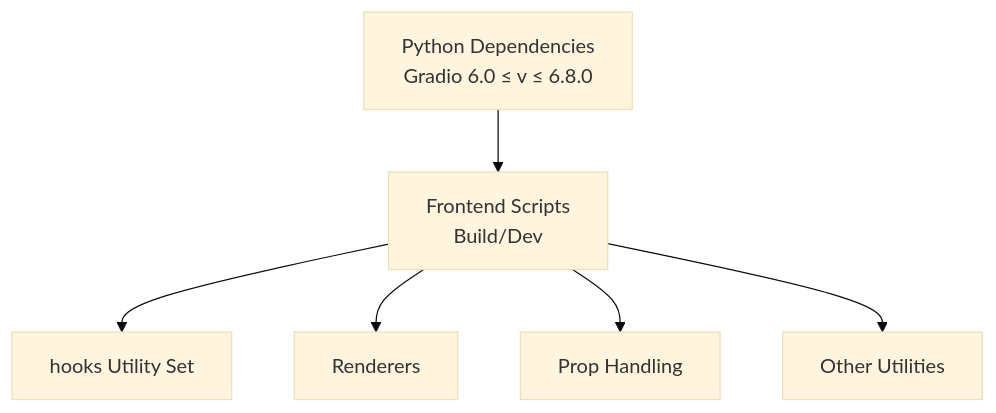
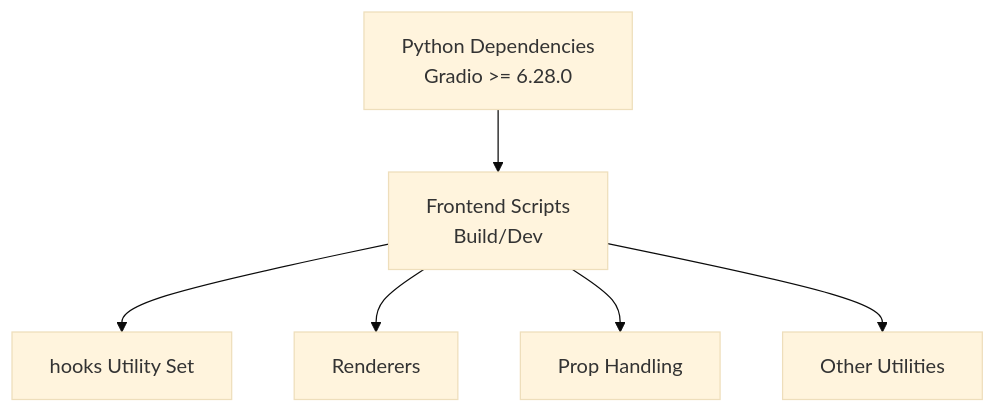
One commit to modelscope/modelscope-studio changed the third of 3 diagrams in .wiki/en/API Reference/API Reference.md. Above: the diagram before and after it, drawn with Mermaid (base theme). The commit also changed other lines of this file and 13 other files, not shown here.

````diff
--- a/.wiki/en/API Reference/API Reference.md
+++ b/.wiki/en/API Reference/API Reference.md
@@ -405,14 +405,14 @@
 ```mermaid
 graph TB
-PY_DEPS["Python Dependencies<br/>Gradio 6.0 ≤ v ≤ 6.8.0"]
+PY_DEPS["Python Dependencies<br/>Gradio >= 6.28.0"]
 FE_SCRIPTS["Frontend Scripts<br/>Build/Dev"]
 FE_HOOKS["hooks Utility Set"]
 FE_RENDER["Renderers"]
 FE_PATCH["Prop Handling"]
 FE_OTHER["Other Utilities"]
 PY_DEPS --> FE_SCRIPTS
 FE_SCRIPTS --> FE_HOOKS
 FE_SCRIPTS --> FE_RENDER
 FE_SCRIPTS --> FE_PATCH
 FE_SCRIPTS --> FE_OTHER
 ```
````
